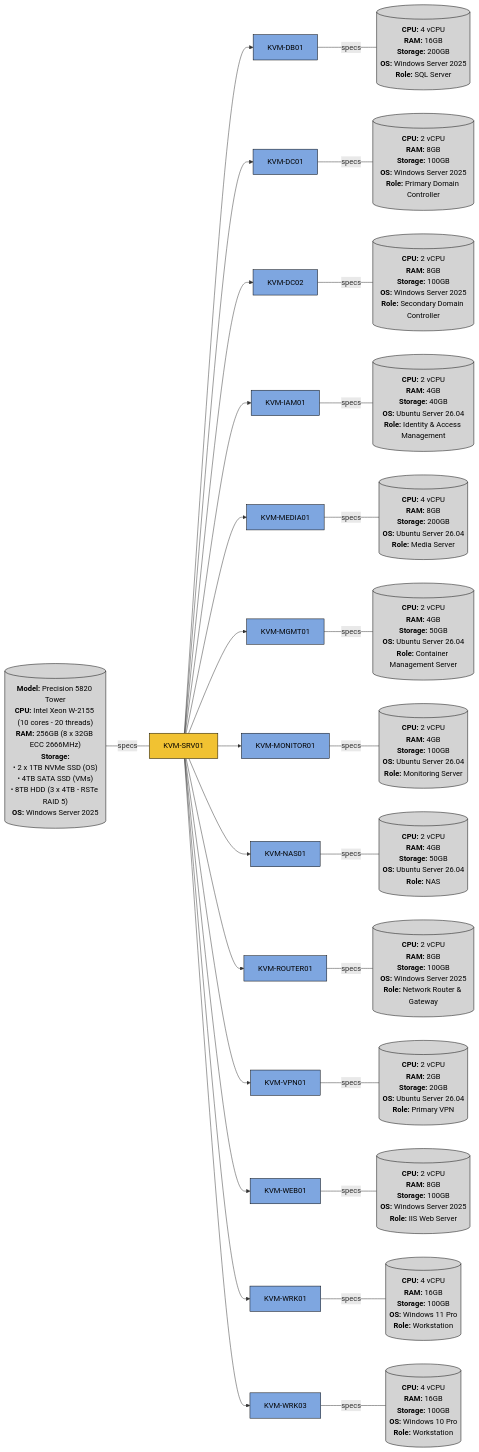
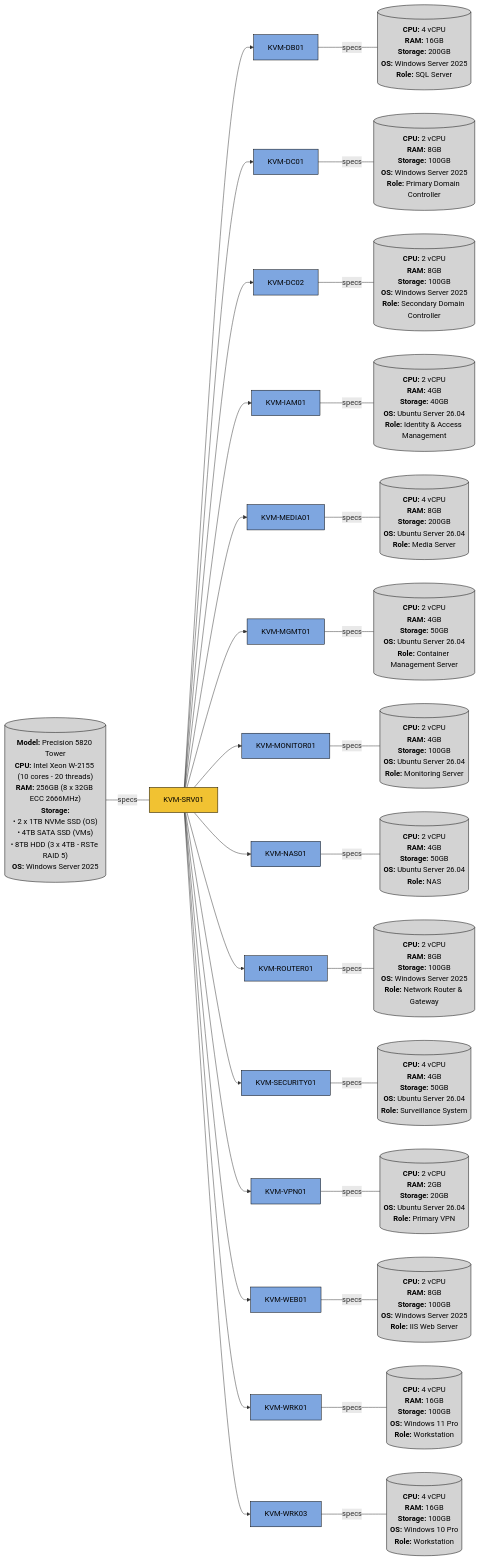
Before and after one commit to khangvum-com/ansible-config: the diagram in README.md, drawn with Mermaid. The commit also changed other lines of this file, not shown here.

Commit message:
docs: added KVM-SECURITY01 to Infrastructure Overview section

````diff
--- a/README.md
+++ b/README.md
@@ -74,6 +73,11 @@
                                                                   **Storage:** 100GB
                                                                   **OS:** Windows Server 2025
                                                                   **Role:** Network Router & Gateway`")]
+  SRV01 --> SECURITY01[KVM-SECURITY01] -- specs --- SECURITY01_SPECS[("`**CPU:** 4 vCPU
+                                                                        **RAM:** 4GB
+                                                                        **Storage:** 50GB
+                                                                        **OS:** Ubuntu Server 26.04
+                                                                        **Role:** Surveillance System`")]
   SRV01 --> VPN01[KVM-VPN01] -- specs --- VPN01_SPECS[("`**CPU:** 2 vCPU
                                                         **RAM:** 2GB
                                                         **Storage:** 20GB
@@ -99,8 +103,8 @@
   %% Styling
   class SRV01 hosts
   classDef hosts fill:#f1c232,stroke:#000,color:#000
-  class DB01,DC01,DC02,IAM01,MEDIA01,MGMT01,MONITOR01,NAS01,ROUTER01,VPN01,VPN02,WEB01,WRK01,WRK02,WRK03,WRK04 vms
+  class DB01,DC01,DC02,IAM01,MEDIA01,MGMT01,MONITOR01,NAS01,ROUTER01,SECURITY01,VPN01,VPN02,WEB01,WRK01,WRK02,WRK03,WRK04 vms
   classDef vms fill:#7ea6e0,stroke:#000,color:#000
-  class SRV01_SPECS,DB01_SPECS,DC01_SPECS,DC02_SPECS,IAM01_SPECS,MEDIA01_SPECS,MGMT01_SPECS,MONITOR01_SPECS,NAS01_SPECS,ROUTER01_SPECS,VPN01_SPECS,VPN02_SPECS,WEB01_SPECS,WRK01_SPECS,WRK02_SPECS,WRK03_SPECS,WRK04_SPECS specs
+  class SRV01_SPECS,DB01_SPECS,DC01_SPECS,DC02_SPECS,IAM01_SPECS,MEDIA01_SPECS,MGMT01_SPECS,MONITOR01_SPECS,NAS01_SPECS,ROUTER01_SPECS,SECURITY01_SPECS,VPN01_SPECS,VPN02_SPECS,WEB01_SPECS,WRK01_SPECS,WRK02_SPECS,WRK03_SPECS,WRK04_SPECS specs
   classDef specs fill:#d3d3d3,stroke:#000,color:#000
 ```
````
